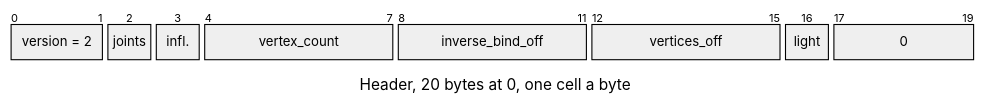
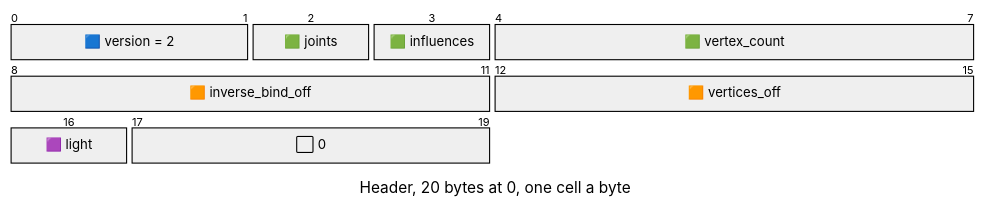
One commit to jose-villegas/autana changed the first of 4 diagrams in docs/assets/formats/SKIN.md. Above: the diagram before and after it, drawn with Mermaid. The commit also changed other lines of this file and 14 other files, not shown here.

````diff
--- a/docs/assets/formats/SKIN.md
+++ b/docs/assets/formats/SKIN.md
@@ -5,18 +5,18 @@
 ```mermaid
 ---
 config:
   packet:
-    bitsPerRow: 20
-    bitWidth: 44
+    bitsPerRow: 8
+    bitWidth: 110
 ---
 packet-beta
 title Header, 20 bytes at 0, one cell a byte
-0-1: "version = 2"
-2: "joints"
-3: "infl."
-4-7: "vertex_count"
-8-11: "inverse_bind_off"
-12-15: "vertices_off"
-16: "light"
-17-19: "0"
+0-1: "🟦 version = 2"
+2: "🟩 joints"
+3: "🟩 influences"
+4-7: "🟩 vertex_count"
+8-11: "🟧 inverse_bind_off"
+12-15: "🟧 vertices_off"
+16: "🟪 light"
+17-19: "⬜ 0"
 ```
````
